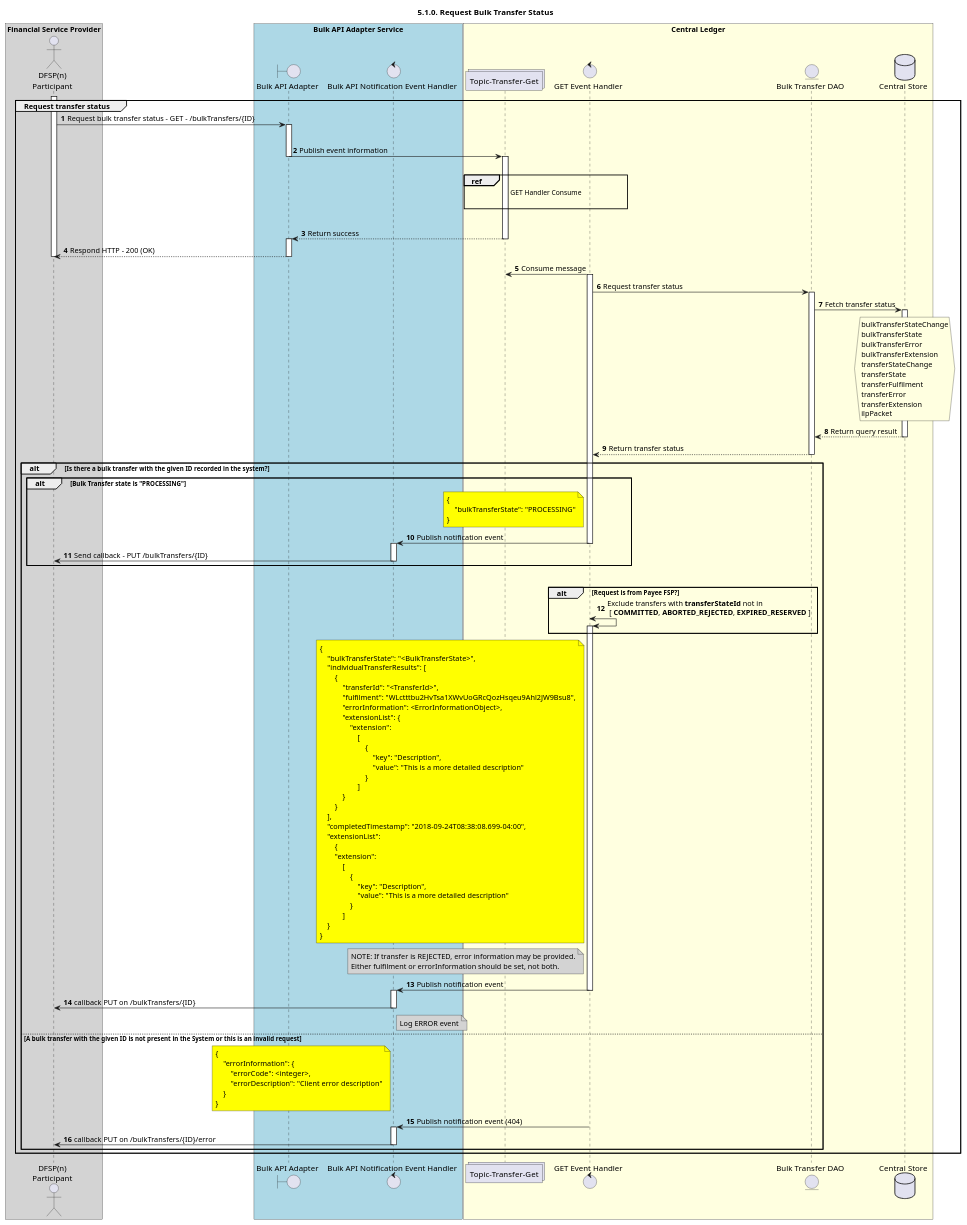
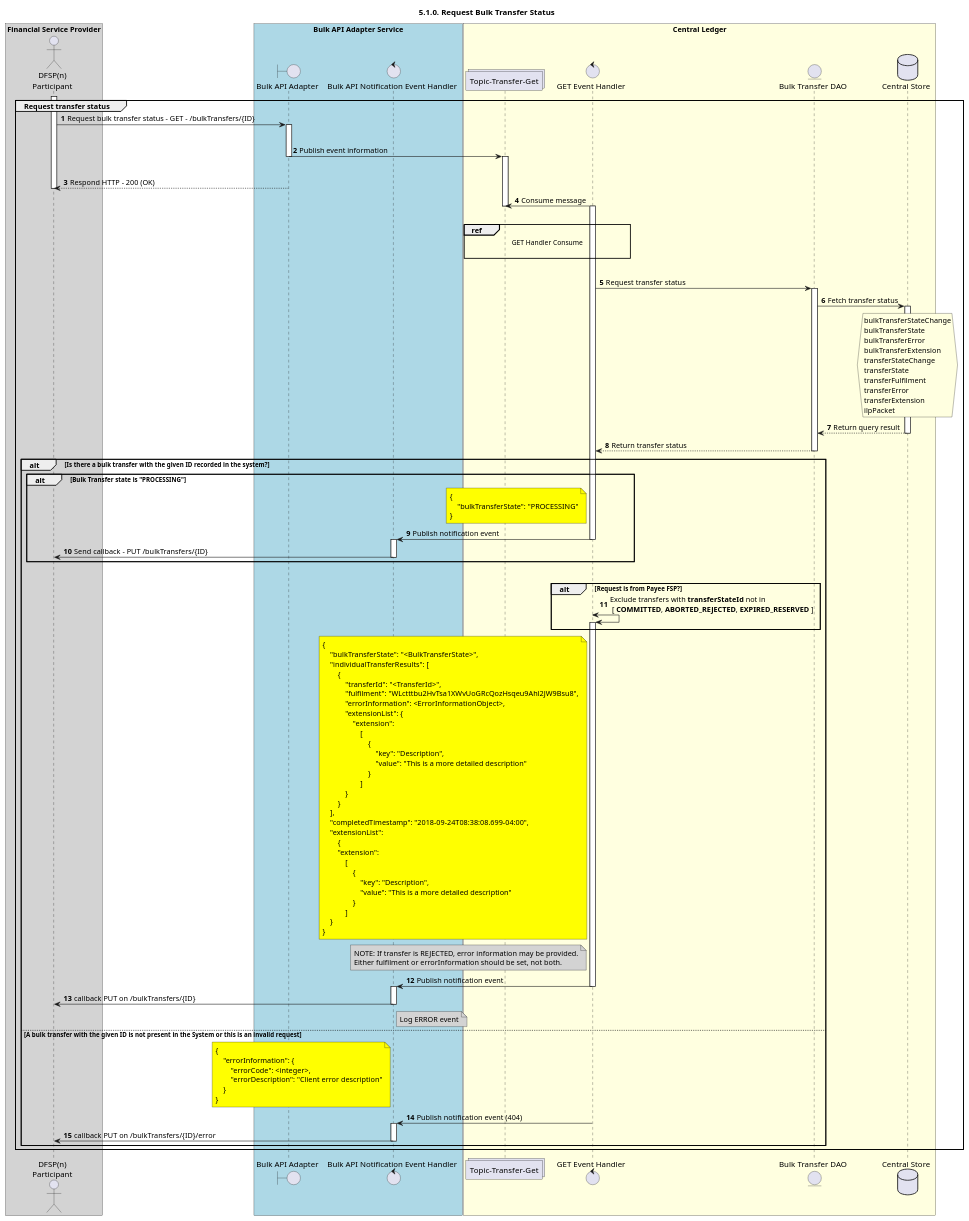
Before and after one commit to mojaloop/documentation: the diagram in mojaloop-technical-overview/central-bulk-transfers/assets/diagrams/sequence/seq-bulk-5.1.0-get-overview.plantuml, drawn with PlantUML.

Commit message:
Minor tweak to SD

```diff
--- a/mojaloop-technical-overview/central-bulk-transfers/assets/diagrams/sequence/seq-bulk-5.1.0-get-overview.plantuml
+++ b/mojaloop-technical-overview/central-bulk-transfers/assets/diagrams/sequence/seq-bulk-5.1.0-get-overview.plantuml
@@ -25,156 +25,156 @@
 @startuml
 ' declate title
 title 5.1.0. Request Bulk Transfer Status
 
 autonumber
 
 ' declare actors
 actor "DFSP(n)\nParticipant" as DFSP
 control "Bulk API Notification Event Handler" as NOTIFY_HANDLER
 boundary "Bulk API Adapter" as BULKAPI
 collections "Topic-Transfer-Get" as TOPIC_GET
 control "GET Event Handler" as GET_HANDLER
 entity "Bulk Transfer DAO" as TRANSFER_DAO
 database "Central Store" as DB
 
 box "Financial Service Provider" #lightGray
 	participant DFSP
 end box
 box "Bulk API Adapter Service" #LightBlue
     participant BULKAPI
 	participant NOTIFY_HANDLER
 end box
 box "Central Ledger" #LightYellow
     participant TOPIC_GET
     participant GET_HANDLER
     participant TRANSFER_DAO
     participant DB
 end box
 
 ' start flow
 group Request transfer status
     activate DFSP
     DFSP -> BULKAPI: Request bulk transfer status - GET - /bulkTransfers/{ID}
     activate BULKAPI
     |||
     BULKAPI -> TOPIC_GET: Publish event information
     deactivate BULKAPI
     activate TOPIC_GET
     |||
-    ref over TOPIC_GET, GET_HANDLER :  GET Handler Consume\n
-    |||
-    BULKAPI <-- TOPIC_GET: Return success
     deactivate GET_HANDLER
-    activate BULKAPI
-    deactivate TOPIC_GET
+    
     DFSP <-- BULKAPI: Respond HTTP - 200 (OK)
     deactivate DFSP
     deactivate BULKAPI
     GET_HANDLER -> TOPIC_GET: Consume message
+    |||
+    ref over TOPIC_GET, GET_HANDLER :  GET Handler Consume\n
+    |||
+    deactivate TOPIC_GET
     activate GET_HANDLER
     GET_HANDLER -> TRANSFER_DAO: Request transfer status
     activate TRANSFER_DAO
     TRANSFER_DAO -> DB: Fetch transfer status
 
     activate DB
     hnote over DB #lightyellow
         bulkTransferStateChange
         bulkTransferState
         bulkTransferError
         bulkTransferExtension
         transferStateChange
         transferState
         transferFulfilment
         transferError
         transferExtension
         ilpPacket
     end hnote
     TRANSFER_DAO <-- DB: Return query result
     deactivate DB
     
     GET_HANDLER <-- TRANSFER_DAO: Return transfer status
     deactivate TRANSFER_DAO
     
     alt Is there a bulk transfer with the given ID recorded in the system?
         alt Bulk Transfer state is **"PROCESSING"**
             note left of GET_HANDLER #yellow
                 {
                     "bulkTransferState": "PROCESSING"
                 }
             end note
             NOTIFY_HANDLER <- GET_HANDLER: Publish notification event
             deactivate GET_HANDLER
             activate NOTIFY_HANDLER
             NOTIFY_HANDLER -> DFSP: Send callback - PUT /bulkTransfers/{ID}
             deactivate NOTIFY_HANDLER
         end
         |||
         alt Request is from Payee FSP?
             GET_HANDLER <-> GET_HANDLER: Exclude transfers with **transferStateId** not in \n [ **COMMITTED**, **ABORTED_REJECTED**, **EXPIRED_RESERVED** ]
             activate GET_HANDLER
         end
         
         note left of GET_HANDLER #yellow
             {
                 "bulkTransferState": "<BulkTransferState>",
                 "individualTransferResults": [
                     {
                         "transferId": "<TransferId>",
                         "fulfilment": "WLctttbu2HvTsa1XWvUoGRcQozHsqeu9Ahl2JW9Bsu8",
                         "errorInformation": <ErrorInformationObject>,
                         "extensionList": {
                             "extension":
                                 [
                                     {
                                         "key": "Description",
                                         "value": "This is a more detailed description"
                                     }
                                 ]
                         }
                     }
                 ],
                 "completedTimestamp": "2018-09-24T08:38:08.699-04:00",
                 "extensionList":
                     {
                     "extension":
                         [
                             {
                                 "key": "Description",
                                 "value": "This is a more detailed description"
                             }
                         ]
                 }
             }
         end note
         note left of GET_HANDLER #lightGray
             NOTE: If transfer is REJECTED, error information may be provided.
             Either fulfilment or errorInformation should be set, not both.
         end note
         NOTIFY_HANDLER <- GET_HANDLER: Publish notification event
         deactivate GET_HANDLER
         activate NOTIFY_HANDLER
         DFSP <- NOTIFY_HANDLER: callback PUT on /bulkTransfers/{ID}
         deactivate NOTIFY_HANDLER
         note right of NOTIFY_HANDLER #lightgray
             Log ERROR event
         end note
     else A bulk transfer with the given ID is not present in the System or this is an invalid request
         note left of NOTIFY_HANDLER #yellow
             {
                 "errorInformation": {
                     "errorCode": <integer>,
                     "errorDescription": "Client error description"
                 }
             }
         end note
         GET_HANDLER -> NOTIFY_HANDLER: Publish notification event (404)
         activate NOTIFY_HANDLER
         DFSP <- NOTIFY_HANDLER: callback PUT on /bulkTransfers/{ID}/error
         deactivate NOTIFY_HANDLER
     end
 
     deactivate GET_HANDLER
     deactivate NOTIFY_HANDLER
 deactivate DFSP
 end
 @enduml
```
